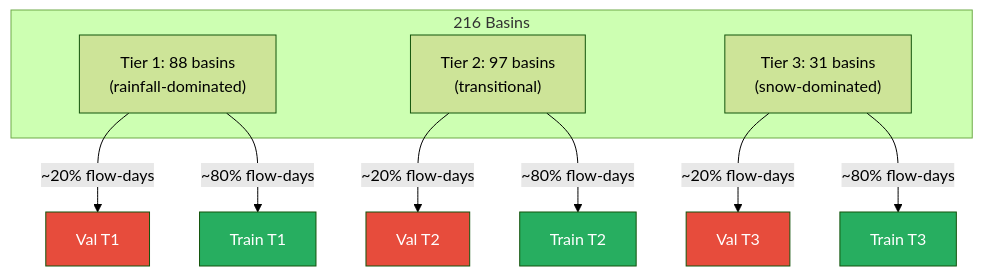
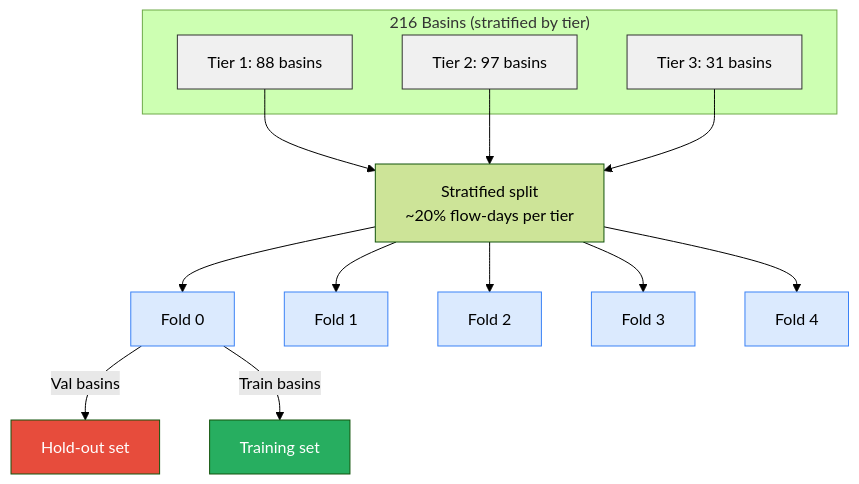
Before and after one commit to wyattarnold/neuralhyd-ca: the third of 3 diagrams in README.md, drawn with Mermaid (forest theme). The commit also changed other lines of this file and 370 other files, not shown here.

````diff
--- a/README.md
+++ b/README.md
@@ -237,22 +200,30 @@
 ```mermaid
 graph TD
-    subgraph "216 Basins"
-        T1["Tier 1: 88 basins<br/>(rainfall-dominated)"]
-        T2["Tier 2: 97 basins<br/>(transitional)"]
-        T3["Tier 3: 31 basins<br/>(snow-dominated)"]
+    subgraph "216 Basins (stratified by tier)"
+        T1["Tier 1: 88 basins"]
+        T2["Tier 2: 97 basins"]
+        T3["Tier 3: 31 basins"]
     end
 
-    T1 --> |"~20% flow-days"| V1["Val T1"]
-    T1 --> |"~80% flow-days"| TR1["Train T1"]
-    T2 --> |"~20% flow-days"| V2["Val T2"]
-    T2 --> |"~80% flow-days"| TR2["Train T2"]
-    T3 --> |"~20% flow-days"| V3["Val T3"]
-    T3 --> |"~80% flow-days"| TR3["Train T3"]
+    T1 & T2 & T3 --> SPLIT["Stratified split<br/>~20% flow-days per tier"]
 
-    style V1 fill:#e74c3c,color:#fff
-    style V2 fill:#e74c3c,color:#fff
-    style V3 fill:#e74c3c,color:#fff
-    style TR1 fill:#27ae60,color:#fff
-    style TR2 fill:#27ae60,color:#fff
-    style TR3 fill:#27ae60,color:#fff
+    SPLIT --> F0["Fold 0"]
+    SPLIT --> F1["Fold 1"]
+    SPLIT --> F2["Fold 2"]
+    SPLIT --> F3["Fold 3"]
+    SPLIT --> F4["Fold 4"]
+
+    F0 --> |"Val basins"| V0["Hold-out set"]
+    F0 --> |"Train basins"| TR0["Training set"]
+
+    style T1 fill:#f0f0f0,stroke:#333
+    style T2 fill:#f0f0f0,stroke:#333
+    style T3 fill:#f0f0f0,stroke:#333
+    style V0 fill:#e74c3c,color:#fff
+    style TR0 fill:#27ae60,color:#fff
+    style F0 fill:#dbeafe,stroke:#3b82f6
+    style F1 fill:#dbeafe,stroke:#3b82f6
+    style F2 fill:#dbeafe,stroke:#3b82f6
+    style F3 fill:#dbeafe,stroke:#3b82f6
+    style F4 fill:#dbeafe,stroke:#3b82f6
 ```
````
